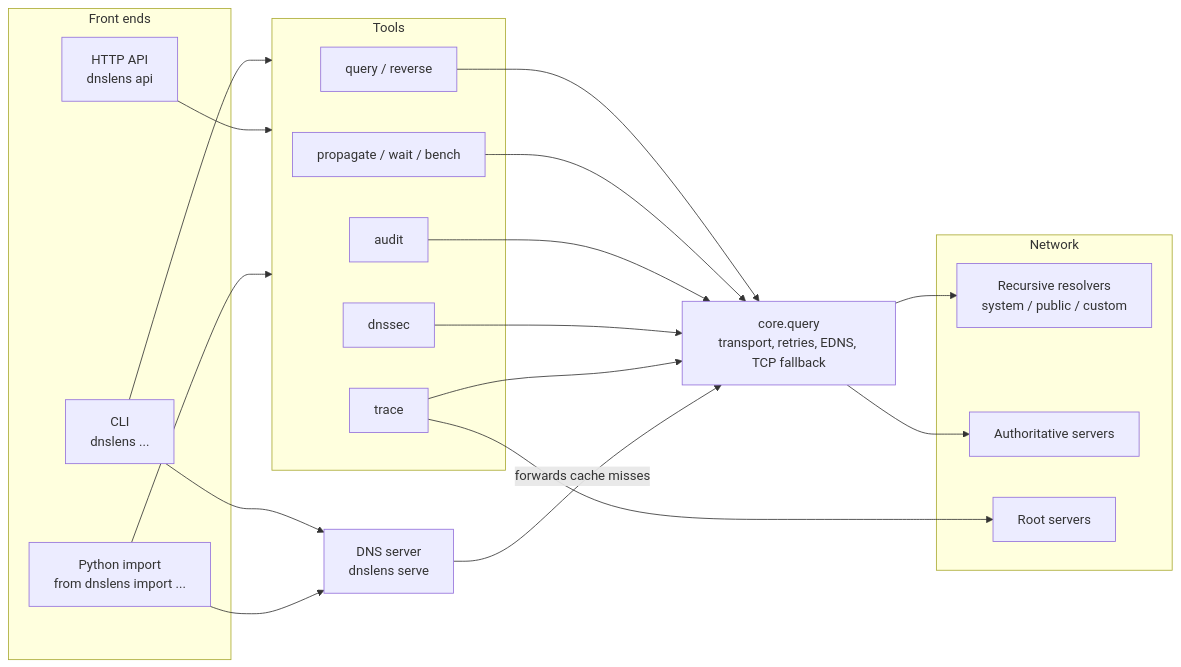
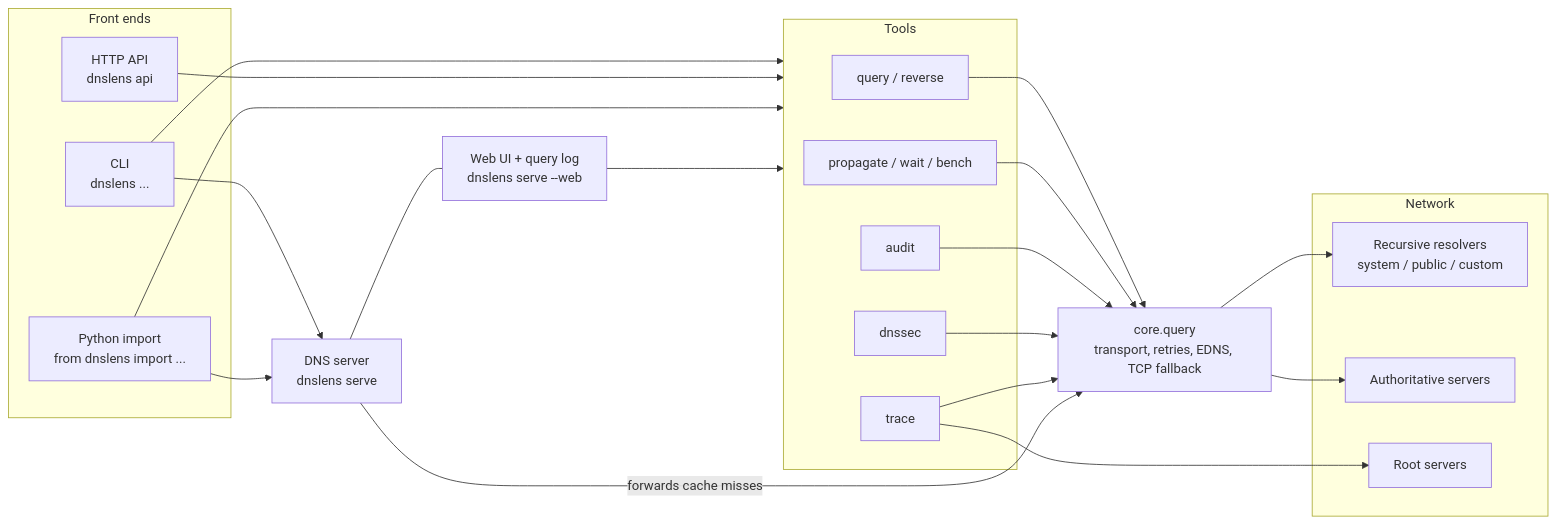
Before and after one commit to cumulus13/dnslens: the first of 17 diagrams in README.md, drawn with Mermaid. The commit also changed other lines of this file and 22 other files, not shown here.

````diff
--- a/README.md
+++ b/README.md
@@ -78,40 +106,43 @@
 ```mermaid
 flowchart LR
     subgraph FE["Front ends"]
         CLI["CLI<br/>dnslens ..."]
         HTTP["HTTP API<br/>dnslens api"]
         LIB["Python import<br/>from dnslens import ..."]
     end
 
     subgraph TOOLS["Tools"]
         QRY["query / reverse"]
         TRC["trace"]
         PRP["propagate / wait / bench"]
         AUD["audit"]
         SEC["dnssec"]
     end
 
     SRV["DNS server<br/>dnslens serve"]
+    WEBUI["Web UI + query log<br/>dnslens serve --web"]
     CORE["core.query<br/>transport, retries, EDNS, TCP fallback"]
 
     subgraph NET["Network"]
         RES["Recursive resolvers<br/>system / public / custom"]
         AUTH["Authoritative servers"]
         ROOT["Root servers"]
     end
 
     CLI --> TOOLS
     HTTP --> TOOLS
     LIB --> TOOLS
     CLI --> SRV
     LIB --> SRV
+    SRV --- WEBUI
+    WEBUI --> TOOLS
     QRY --> CORE
     PRP --> CORE
     AUD --> CORE
     SEC --> CORE
     TRC --> CORE
     SRV -->|"forwards cache misses"| CORE
     CORE --> RES
     CORE --> AUTH
     TRC --> ROOT
 ```
````
